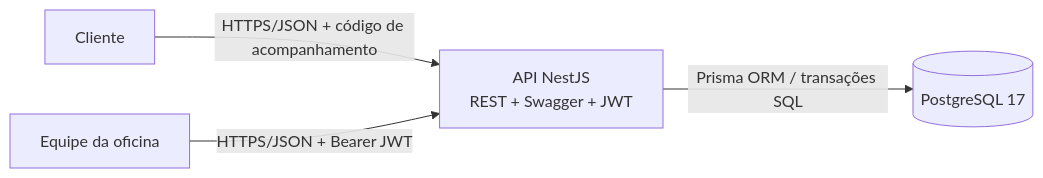
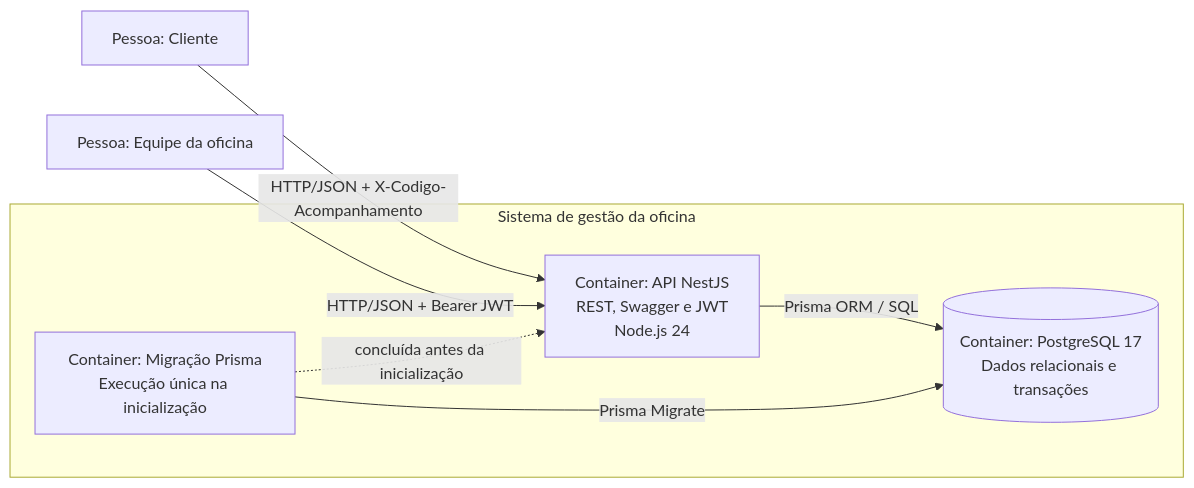
One commit to RafaCarvalh0/Tech-Challenge changed the second of 5 diagrams in docs/arquitetura/c4.md. Above: the diagram before and after it, drawn with Mermaid. The commit also changed other lines of this file and 5 other files, not shown here.

````diff
--- a/docs/arquitetura/c4.md
+++ b/docs/arquitetura/c4.md
@@ -19,11 +30,17 @@
 ```mermaid
 flowchart LR
-    cliente[Cliente]
-    equipe[Equipe da oficina]
-    api[API NestJS\nREST + Swagger + JWT]
-    banco[(PostgreSQL 17)]
+    cliente[Pessoa: Cliente]
+    equipe[Pessoa: Equipe da oficina]
 
-    cliente -->|HTTPS/JSON + código de acompanhamento| api
-    equipe -->|HTTPS/JSON + Bearer JWT| api
-    api -->|Prisma ORM / transações SQL| banco
+    subgraph sistema[Sistema de gestão da oficina]
+        api[Container: API NestJS<br/>REST, Swagger e JWT<br/>Node.js 24]
+        migracao[Container: Migração Prisma<br/>Execução única na inicialização]
+        banco[(Container: PostgreSQL 17<br/>Dados relacionais e transações)]
+    end
+
+    cliente -->|HTTP/JSON + X-Codigo-Acompanhamento| api
+    equipe -->|HTTP/JSON + Bearer JWT| api
+    api -->|Prisma ORM / SQL| banco
+    migracao -->|Prisma Migrate| banco
+    migracao -. concluída antes da inicialização .-> api
 ```
````
